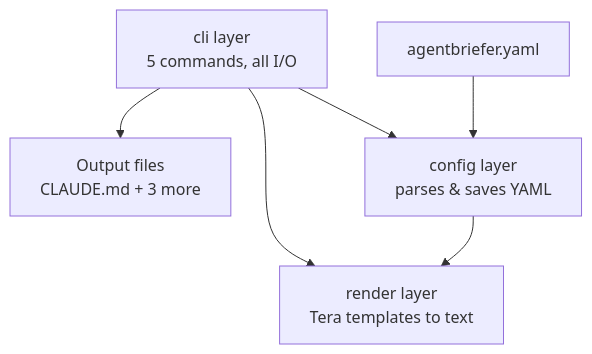
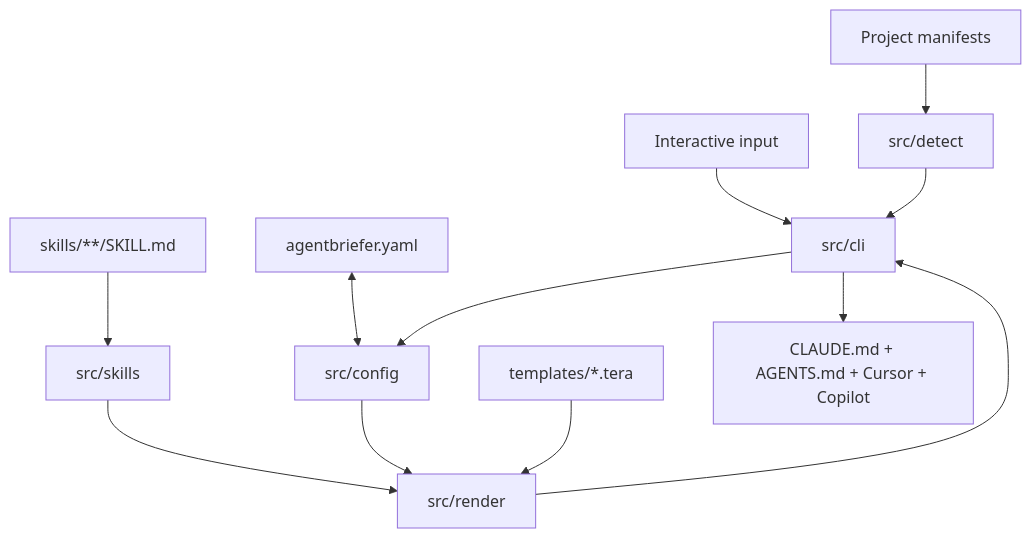
One commit to dexterhere/agentbriefer changed the diagram in docs/ARCHITECTURE.md. Above: the diagram before and after it, drawn with Mermaid. The commit also changed other lines of this file and 84 other files, not shown here.

````diff
--- a/docs/ARCHITECTURE.md
+++ b/docs/ARCHITECTURE.md
@@ -7,14 +6,14 @@
 ```mermaid
 flowchart TD
-    YAML[agentbriefer.yaml]
-    CLI["cli layer<br/>5 commands, all I/O"]
-    OUT["Output files<br/>CLAUDE.md + 3 more"]
-    CONFIG["config layer<br/>parses &amp; saves YAML"]
-    RENDER["render layer<br/>Tera templates to text"]
-
-    YAML --> CONFIG
+    MANIFESTS[Project manifests] --> DETECT[src/detect]
+    USER[Interactive input] --> CLI[src/cli]
+    DETECT --> CLI
+    YAML[agentbriefer.yaml] <--> CONFIG[src/config]
     CLI --> CONFIG
-    CLI --> RENDER
+    SKILLFILES[skills/**/SKILL.md] --> SKILLS[src/skills]
+    SKILLS --> RENDER[src/render]
     CONFIG --> RENDER
-    CLI --> OUT
+    TEMPLATES[templates/*.tera] --> RENDER
+    RENDER --> CLI
+    CLI --> OUTPUTS[CLAUDE.md + AGENTS.md + Cursor + Copilot]
 ```
````
